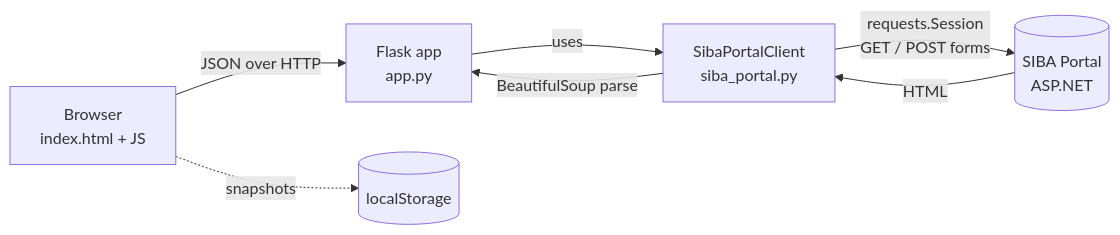
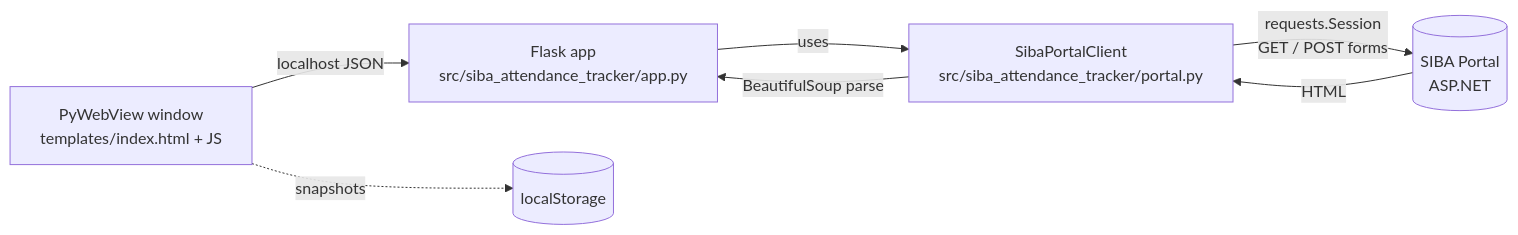
The diagram in doc/DOCUMENTATION.md (Usman-Shah-Rashdi/SIBA-Attendence-Tracker), drawn with Mermaid before and after one commit. The commit also changed other lines of this file and 16 other files, not shown here.

````diff
--- a/doc/DOCUMENTATION.md
+++ b/doc/DOCUMENTATION.md
@@ -38,9 +40,9 @@
 ```mermaid
 flowchart LR
-    B[Browser<br/>index.html + JS] -- JSON over HTTP --> F[Flask app<br/>app.py]
-    F -- uses --> C[SibaPortalClient<br/>siba_portal.py]
+    B[PyWebView window<br/>templates/index.html + JS] -- localhost JSON --> F[Flask app<br/>src/siba_attendance_tracker/app.py]
+    F -- uses --> C[SibaPortalClient<br/>src/siba_attendance_tracker/portal.py]
     C -- requests.Session<br/>GET / POST forms --> P[(SIBA Portal<br/>ASP.NET)]
     P -- HTML --> C
     C -- BeautifulSoup parse --> F
     B -. snapshots .-> L[(localStorage)]
 ```
````
